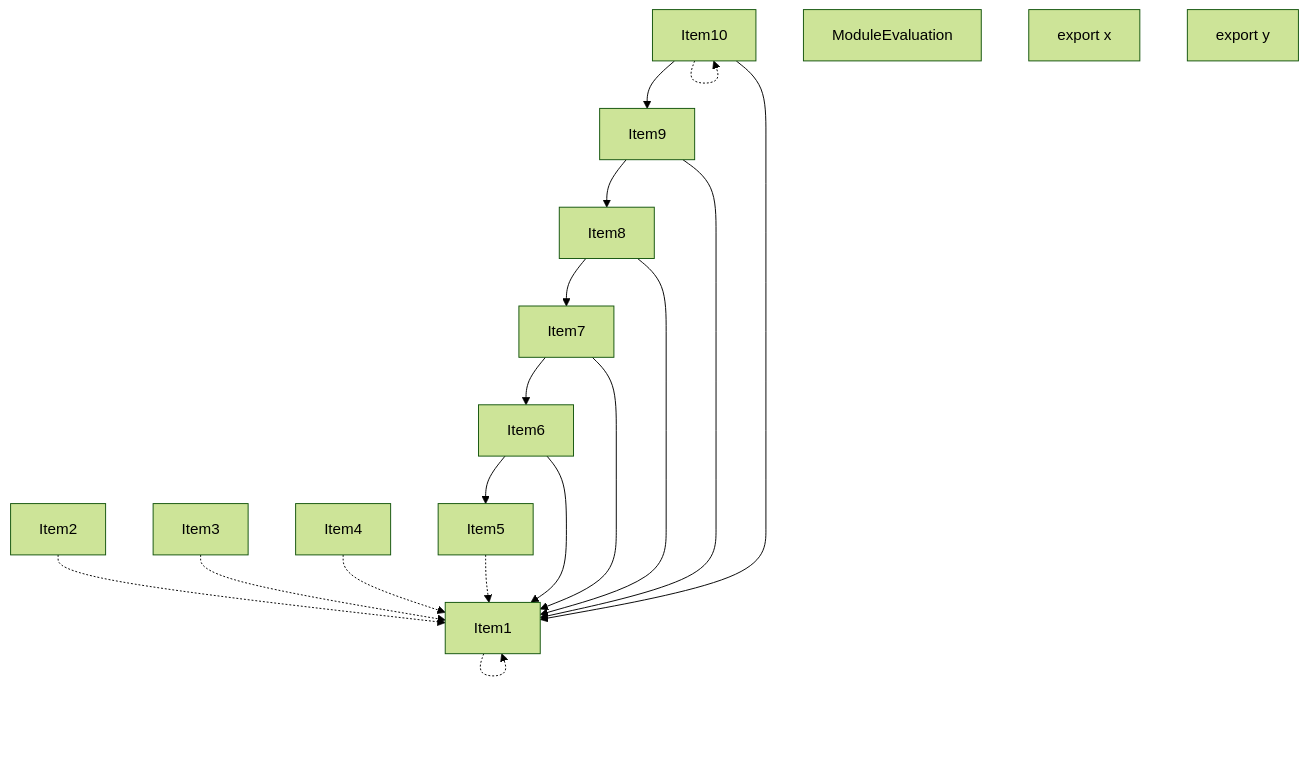
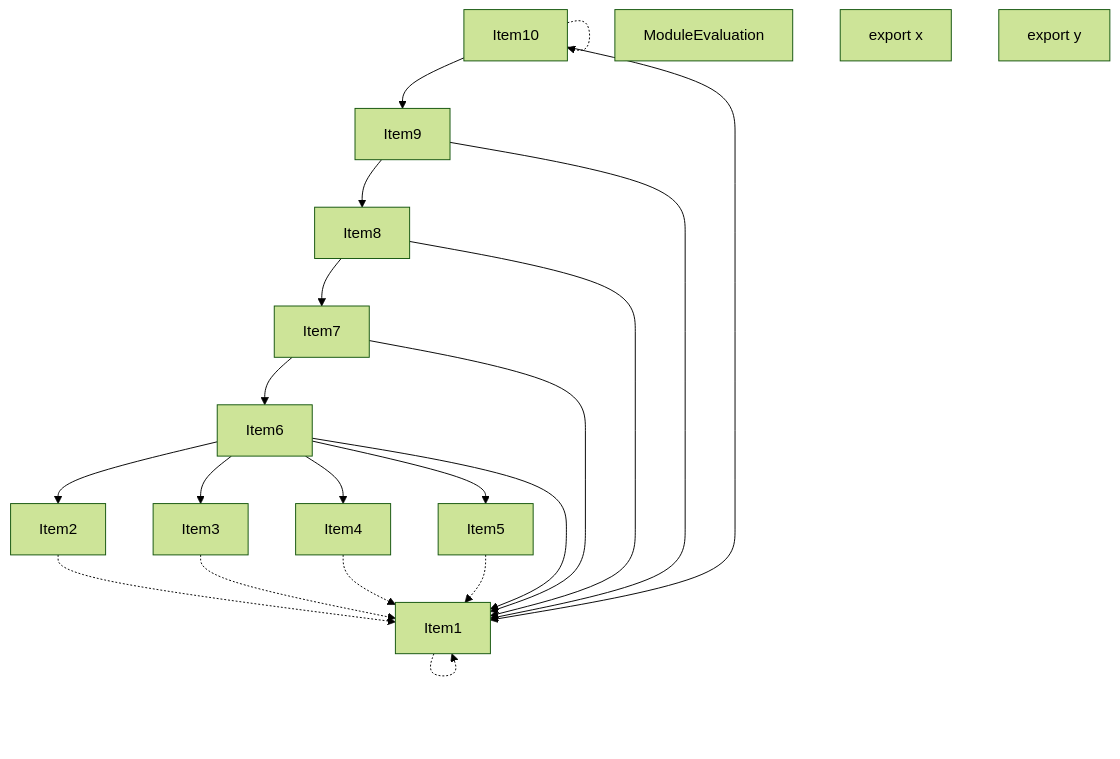
The second of 5 diagrams in crates/turbopack-ecmascript/tests/tree-shaker/analyzer/grouping/output.md (vercel/turborepo), drawn with Mermaid (forest theme) before and after one commit. The commit also changed other lines of this file, not shown here.

````diff
--- a/crates/turbopack-ecmascript/tests/tree-shaker/analyzer/grouping/output.md
+++ b/crates/turbopack-ecmascript/tests/tree-shaker/analyzer/grouping/output.md
@@ -123,35 +123,38 @@
 ```mermaid
 graph TD
     Item1;
     Item2;
     Item3;
     Item4;
     Item5;
     Item6;
     Item7;
     Item8;
     Item9;
     Item10;
     Item11;
     Item11["ModuleEvaluation"];
     Item12;
     Item12["export x"];
     Item13;
     Item13["export y"];
     Item1 -.-> Item1;
     Item2 -.-> Item1;
     Item3 -.-> Item1;
     Item4 -.-> Item1;
     Item5 -.-> Item1;
+    Item6 --> Item2;
+    Item6 --> Item3;
+    Item6 --> Item4;
     Item6 --> Item5;
     Item6 --> Item1;
     Item7 --> Item6;
     Item7 --> Item1;
     Item8 --> Item7;
     Item8 --> Item1;
     Item9 --> Item8;
     Item9 --> Item1;
     Item10 --> Item9;
     Item10 --> Item1;
     Item10 -.-> Item10;
 ```
````
